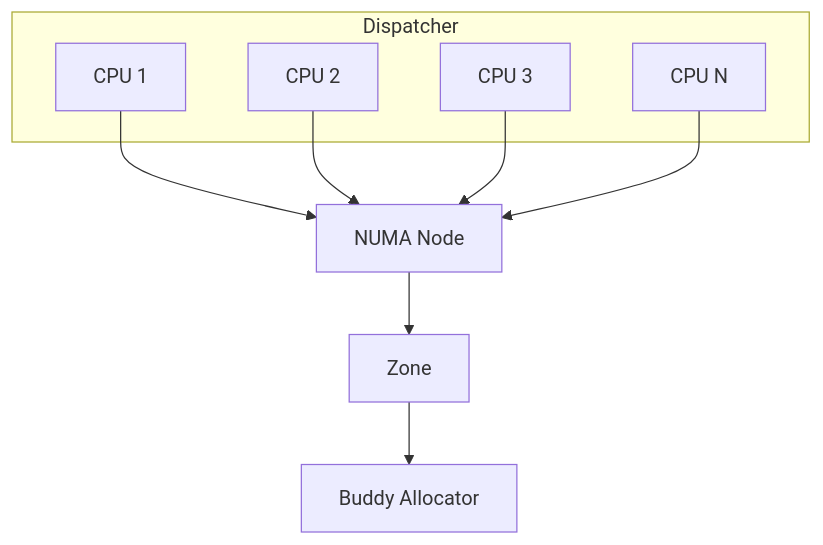
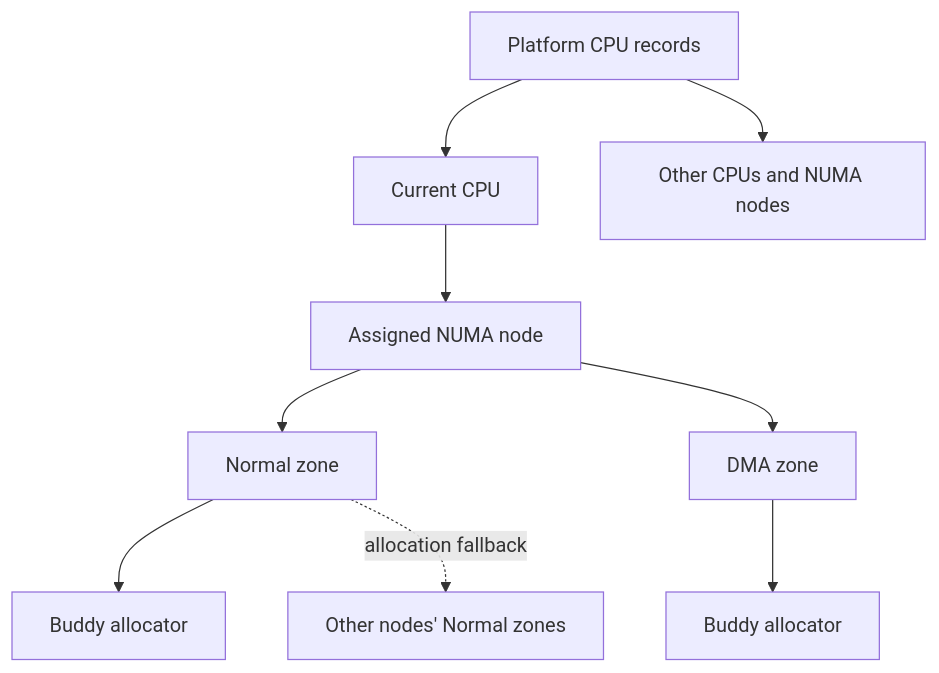
Before and after one commit to marwan475/Arx: the first of 11 diagrams in docs/DIAGRAMS.md, drawn with Mermaid. The commit also changed other lines of this file and 12 other files, not shown here.

Commit message:
update platform diagrams

````diff
--- a/docs/DIAGRAMS.md
+++ b/docs/DIAGRAMS.md
@@ -5,19 +13,13 @@
 ```mermaid
-graph TD
-
-    subgraph Dispatcher
-        CPU1[CPU 1]
-        CPU2[CPU 2]
-        CPU3[CPU 3]
-        CPUN[CPU N]
-    end
-
-    CPU1 --> NUMA
-    CPU2 --> NUMA
-    CPU3 --> NUMA
-    CPUN --> NUMA
-
-    NUMA[NUMA Node]
-    NUMA --> ZONE[Zone]
-    ZONE --> BUDDY[Buddy Allocator]
+flowchart TB
+    accTitle: NUMA memory organization
+    accDescr: CPU records reference their NUMA node. Each node owns Normal and DMA zones backed by buddy allocators.
+    P[Platform CPU records] --> C[Current CPU]
+    C --> N[Assigned NUMA node]
+    P --> O[Other CPUs and NUMA nodes]
+    N --> Z[Normal zone]
+    N --> D[DMA zone]
+    Z --> B[Buddy allocator]
+    D --> DB[Buddy allocator]
+    Z -. allocation fallback .-> R[Other nodes' Normal zones]
 ```
````
